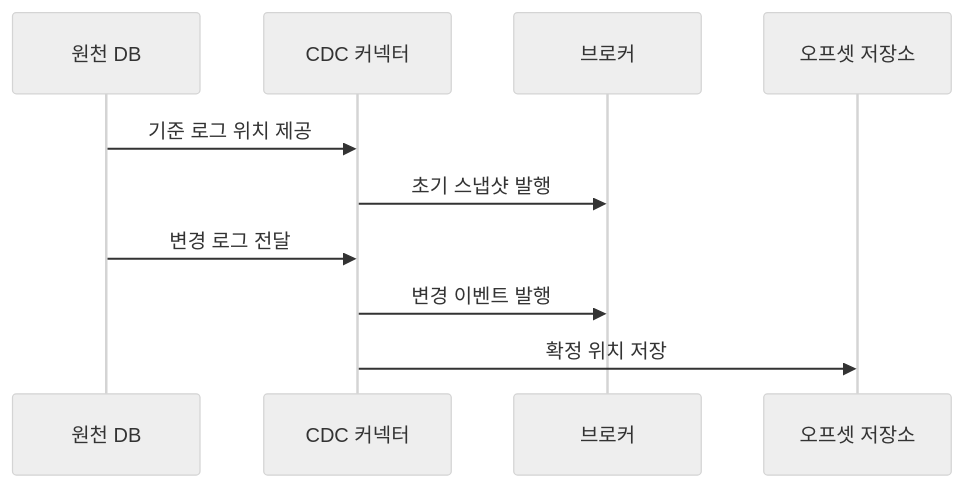
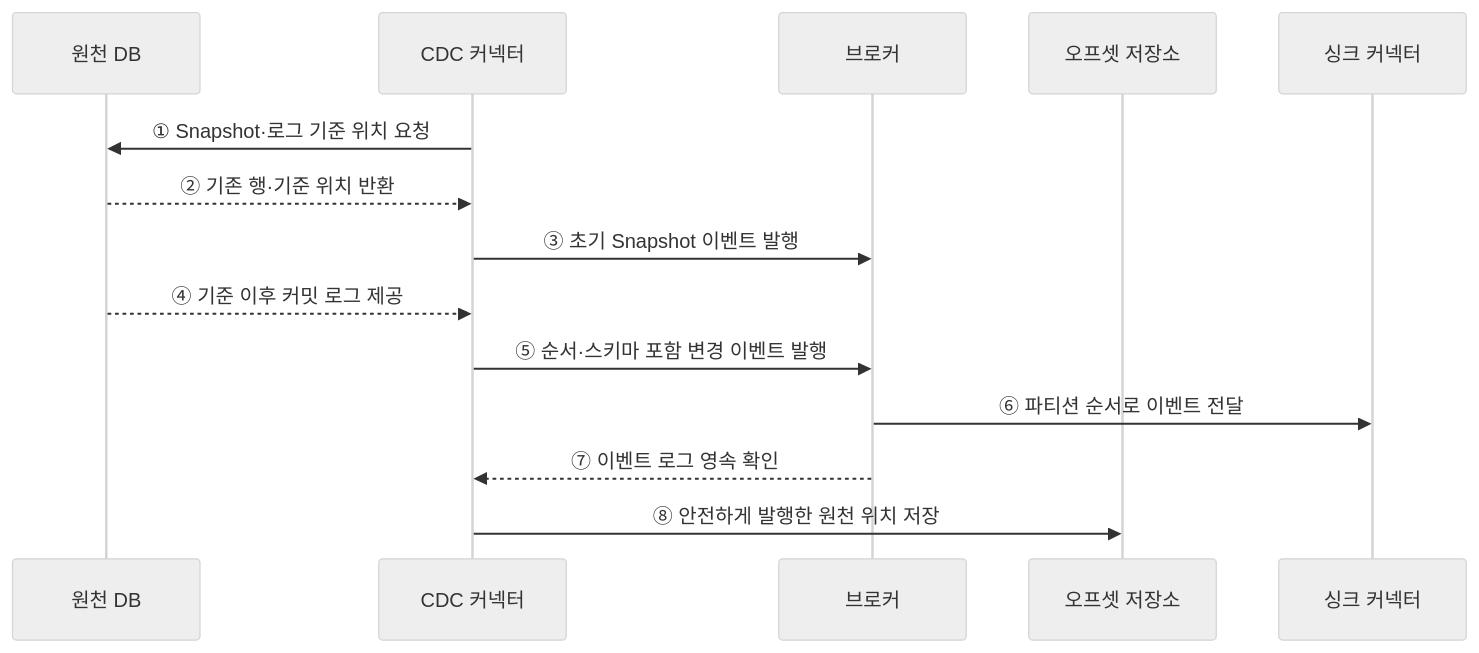
One commit to agnusdei1207/knowledge-base changed the second of 2 diagrams in src/content/docs/notes/03-software/123_change_data_capture.md. Above: the diagram before and after it, drawn with Mermaid (neutral theme). The commit also changed other lines of this file and 20 other files, not shown here.

````diff
--- a/src/content/docs/notes/03-software/123_change_data_capture.md
+++ b/src/content/docs/notes/03-software/123_change_data_capture.md
@@ -83,12 +72,16 @@
 ```mermaid
 sequenceDiagram
     participant D as 원천 DB
     participant C as CDC 커넥터
     participant B as 브로커
     participant O as 오프셋 저장소
-    D->>C: 기준 로그 위치 제공
-    C->>B: 초기 스냅샷 발행
-    D->>C: 변경 로그 전달
-    C->>B: 변경 이벤트 발행
-    C->>O: 확정 위치 저장
+    participant S as 싱크 커넥터
+    C->>D: ① Snapshot·로그 기준 위치 요청
+    D-->>C: ② 기존 행·기준 위치 반환
+    C->>B: ③ 초기 Snapshot 이벤트 발행
+    D-->>C: ④ 기준 이후 커밋 로그 제공
+    C->>B: ⑤ 순서·스키마 포함 변경 이벤트 발행
+    B->>S: ⑥ 파티션 순서로 이벤트 전달
+    B-->>C: ⑦ 이벤트 로그 영속 확인
+    C->>O: ⑧ 안전하게 발행한 원천 위치 저장
 ```
````
